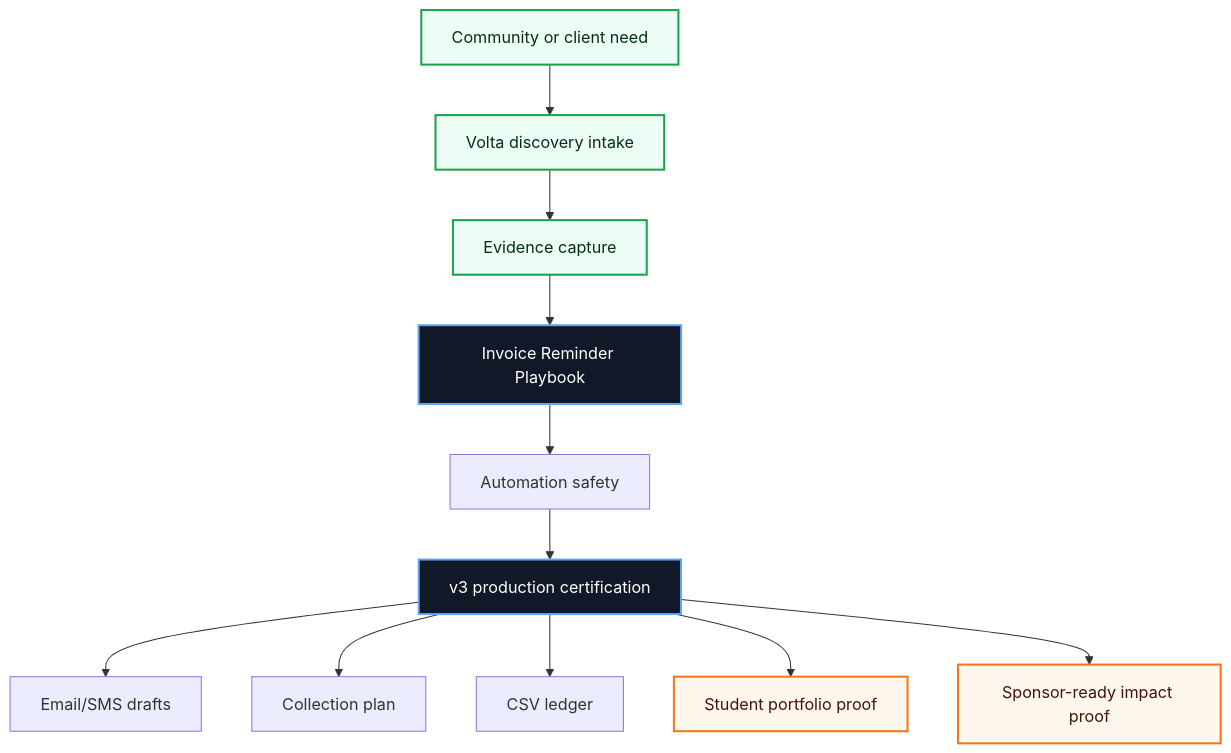
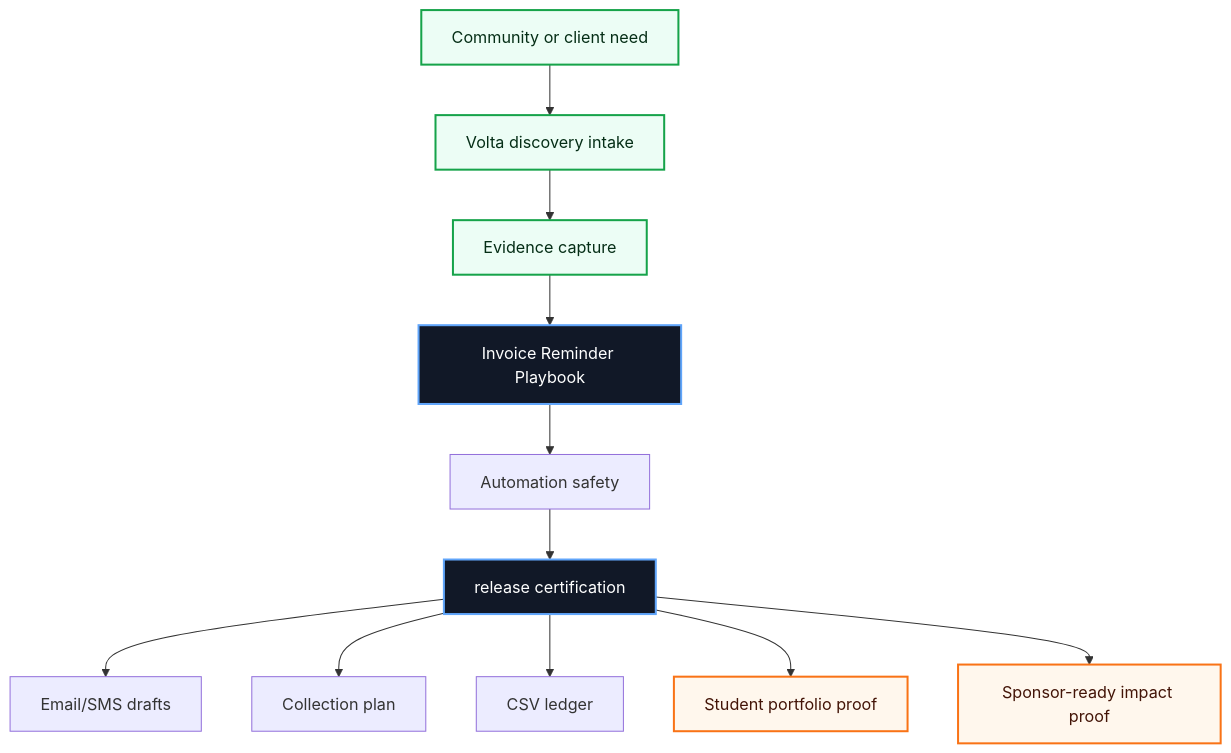
Before and after one commit to volta-npo/invoice-reminder-playbook: the first of 3 diagrams in README.md, drawn with Mermaid. The commit also changed other lines of this file and 28 other files, not shown here.

````diff
--- a/README.md
+++ b/README.md
@@ -43,20 +43,20 @@
 ```mermaid
 flowchart TD
     Need["Community or client need"] --> Intake["Volta discovery intake"]
     Intake --> Evidence["Evidence capture"]
     Evidence --> Workbench["Invoice Reminder Playbook"]
     Workbench --> Score["Automation safety"]
-    Score --> Cert["v3 production certification"]
+    Score --> Cert["release certification"]
     Cert --> A1["Email/SMS drafts"]
     Cert --> A2["Collection plan"]
     Cert --> A3["CSV ledger"]
     Cert --> Student["Student portfolio proof"]
     Cert --> Sponsor["Sponsor-ready impact proof"]
 
     classDef volta fill:#111827,stroke:#60a5fa,color:#ffffff,stroke-width:2px;
     classDef equity fill:#ecfdf5,stroke:#16a34a,color:#052e16,stroke-width:2px;
     classDef proof fill:#fff7ed,stroke:#f97316,color:#431407,stroke-width:2px;
     class Workbench,Cert volta;
     class Need,Intake,Evidence equity;
     class Student,Sponsor proof;
 ```
````
